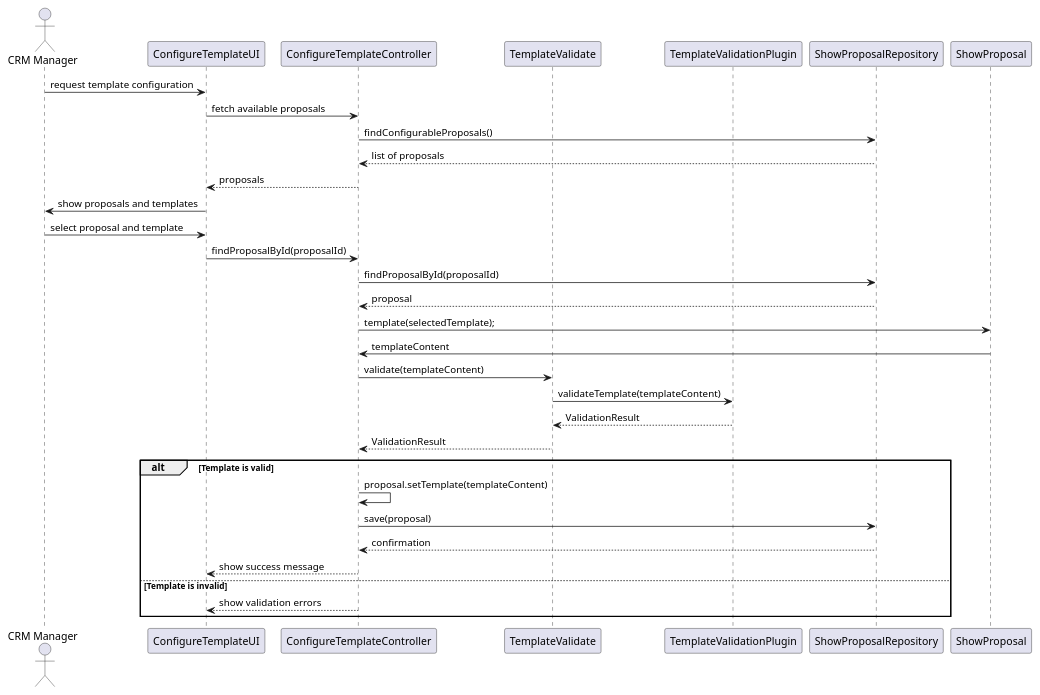
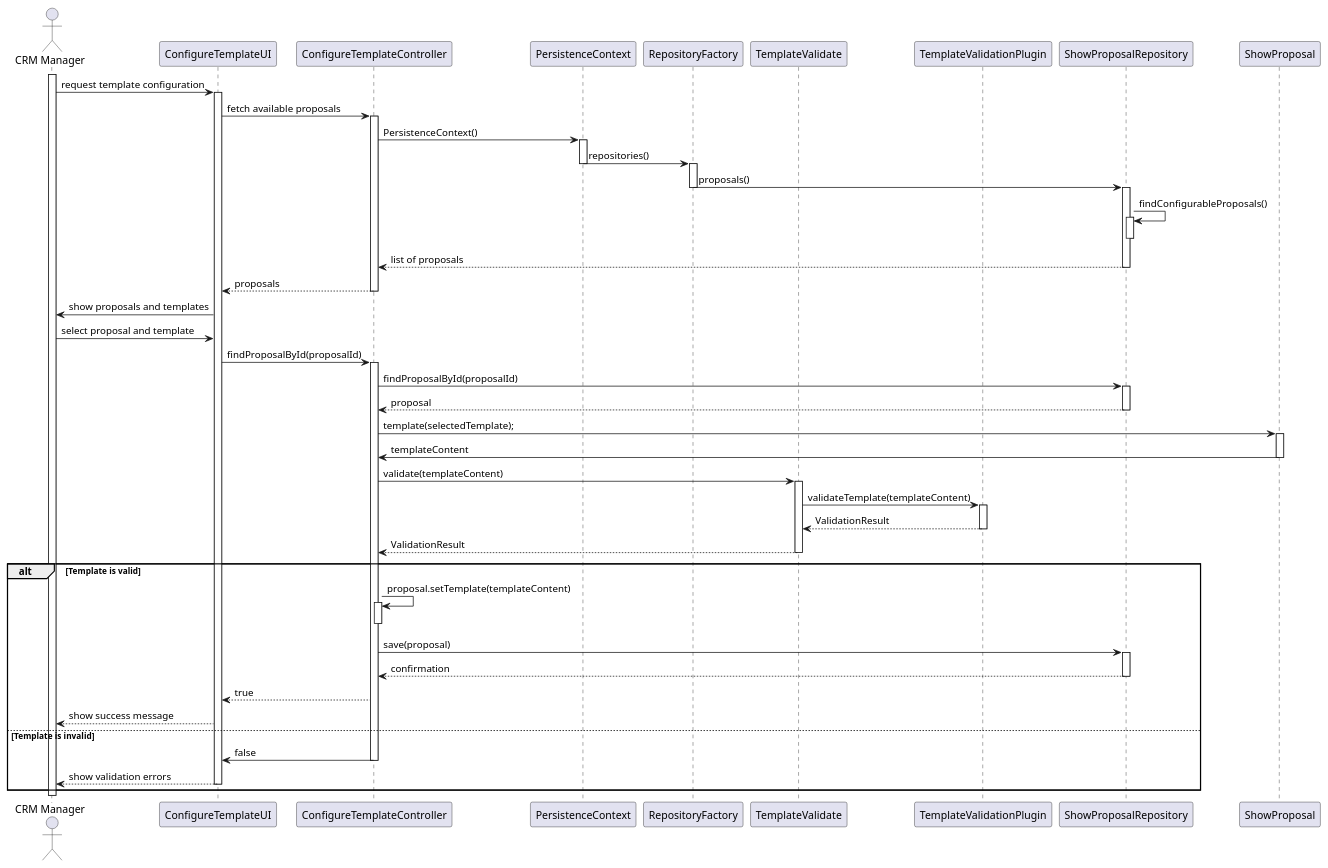
The diagram in docs/SPRINT_3/US318/puml/sequence_diagram_us318.puml (diogoveirospro/sem4pi-2024-2025-sem4pi_2024_2025_g44), drawn with PlantUML before and after one commit. The commit also changed 75 other files, not shown here.

Commit message:
#40 #42 #44 Refactor sequence diagrams for US316, US318 and US241 (I ran the PlantUML diagram script)

```diff
--- a/docs/SPRINT_3/US318/puml/sequence_diagram_us318.puml
+++ b/docs/SPRINT_3/US318/puml/sequence_diagram_us318.puml
@@ -1,38 +1,93 @@
 @startuml
 actor "CRM Manager" as User
 participant "ConfigureTemplateUI" as UI
 participant "ConfigureTemplateController" as Controller
+participant "PersistenceContext" as Persistence
+participant "RepositoryFactory" as Factory
 participant "TemplateValidate" as Validator
 participant "TemplateValidationPlugin" as Plugin
 participant "ShowProposalRepository" as Repo
 participant "ShowProposal" as Proposal
 
+activate User
+
 User -> UI : request template configuration
+activate UI
+
 UI -> Controller : fetch available proposals
-Controller -> Repo : findConfigurableProposals()
+activate Controller
+
+Controller -> Persistence : PersistenceContext()
+activate Persistence
+
+Persistence -> Factory : repositories()
+deactivate Persistence
+
+activate Factory
+Factory -> Repo : proposals()
+deactivate Factory
+
+activate Repo
+Repo -> Repo : findConfigurableProposals()
+activate Repo
+deactivate Repo
+
 Repo --> Controller : list of proposals
+deactivate Repo
+
 Controller --> UI : proposals
+deactivate Controller
 
 UI -> User : show proposals and templates
 User -> UI : select proposal and template
 UI -> Controller: findProposalById(proposalId)
+
+activate Controller
 Controller -> Repo : findProposalById(proposalId)
+
+activate Repo
 Repo --> Controller : proposal
+deactivate Repo
 
 Controller -> Proposal: template(selectedTemplate);
+activate Proposal
+
 Proposal -> Controller : templateContent
+deactivate Proposal
 
 Controller -> Validator : validate(templateContent)
+
+activate Validator
 Validator -> Plugin : validateTemplate(templateContent)
+
+activate Plugin
 Plugin --> Validator : ValidationResult
+deactivate Plugin
+
 Validator --> Controller : ValidationResult
+deactivate Validator
 
 alt Template is valid
     Controller -> Controller : proposal.setTemplate(templateContent)
+    activate Controller
+    deactivate Controller
+
+
     Controller -> Repo : save(proposal)
+    activate Repo
     Repo --> Controller : confirmation
-    Controller --> UI : show success message
+    deactivate Repo
+
+    Controller --> UI : true
+    UI --> User : show success message
+
 else Template is invalid
-    Controller --> UI : show validation errors
+    Controller -> UI : false
+    deactivate Controller
+
+    UI --> User : show validation errors
+    deactivate UI
 end
+
+deactivate User
 @enduml
```
